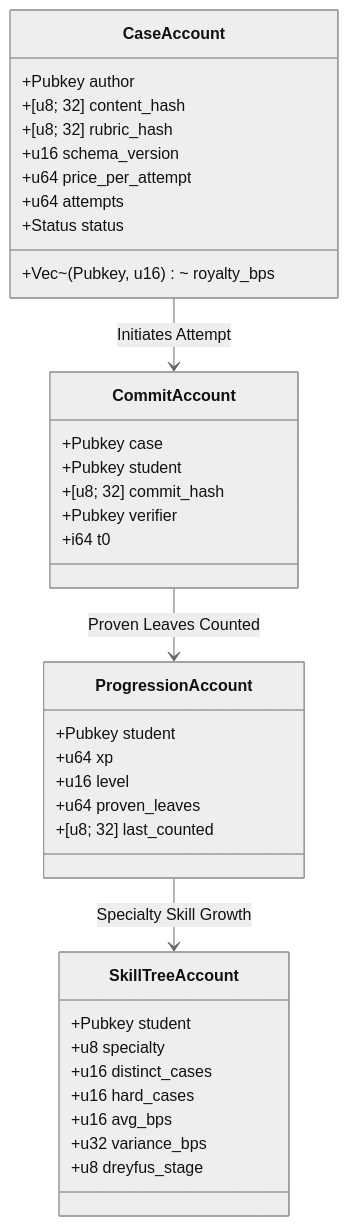
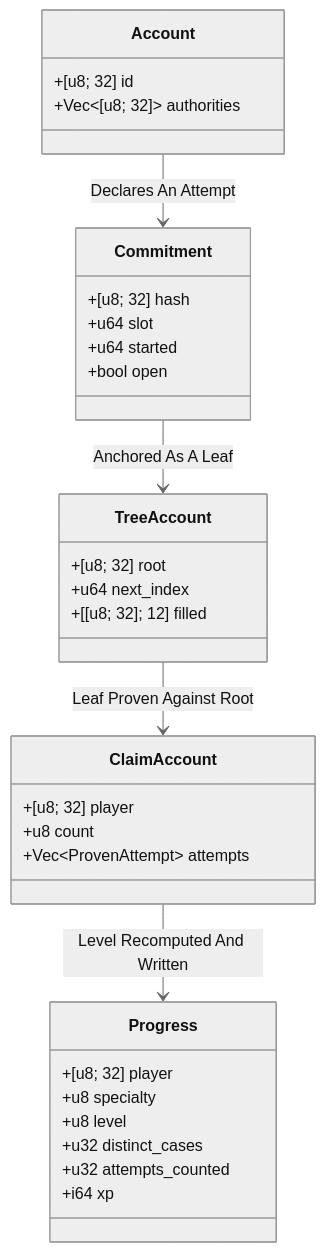
Before and after one commit to MegaWiz-Dev-Team/vitals: the third of 5 diagrams in docs/ARCHITECTURE.md, drawn with Mermaid (neutral theme). The commit also changed other lines of this file and 3 other files, not shown here.

````diff
--- a/docs/ARCHITECTURE.md
+++ b/docs/ARCHITECTURE.md
@@ -90,43 +98,40 @@
 ```mermaid
 classDiagram
-    class CaseAccount {
-        +Pubkey author
-        +[u8; 32] content_hash
-        +[u8; 32] rubric_hash
-        +u16 schema_version
-        +u64 price_per_attempt
-        +Vec~(Pubkey, u16)~ royalty_bps
-        +u64 attempts
-        +Status status
+    class Account {
+        +[u8; 32] id
+        +Vec~[u8; 32]~ authorities
     }
 
-    class CommitAccount {
-        +Pubkey case
-        +Pubkey student
-        +[u8; 32] commit_hash
-        +Pubkey verifier
-        +i64 t0
+    class Commitment {
+        +[u8; 32] hash
+        +u64 slot
+        +u64 started
+        +bool open
     }
 
-    class ProgressionAccount {
-        +Pubkey student
-        +u64 xp
-        +u16 level
-        +u64 proven_leaves
-        +[u8; 32] last_counted
+    class TreeAccount {
+        +[u8; 32] root
+        +u64 next_index
+        +[[u8; 32]; 12] filled
     }
 
-    class SkillTreeAccount {
-        +Pubkey student
-        +u8 specialty
-        +u16 distinct_cases
-        +u16 hard_cases
-        +u16 avg_bps
-        +u32 variance_bps
-        +u8 dreyfus_stage
+    class ClaimAccount {
+        +[u8; 32] player
+        +u8 count
+        +Vec~ProvenAttempt~ attempts
     }
 
-    CaseAccount --> CommitAccount : Initiates Attempt
-    CommitAccount --> ProgressionAccount : Proven Leaves Counted
-    ProgressionAccount --> SkillTreeAccount : Specialty Skill Growth
+    class Progress {
+        +[u8; 32] player
+        +u8 specialty
+        +u8 level
+        +u32 distinct_cases
+        +u32 attempts_counted
+        +i64 xp
+    }
+
+    Account --> Commitment : Declares An Attempt
+    Commitment --> TreeAccount : Anchored As A Leaf
+    TreeAccount --> ClaimAccount : Leaf Proven Against Root
+    ClaimAccount --> Progress : Level Recomputed And Written
 ```
````
